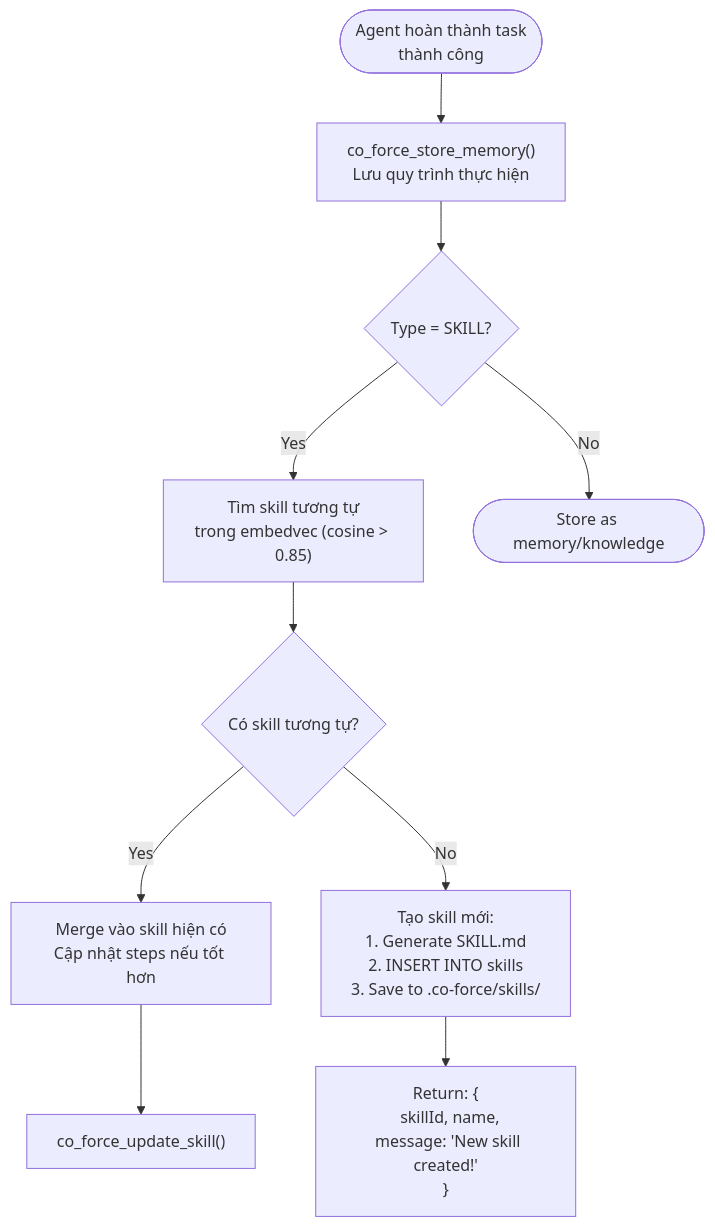
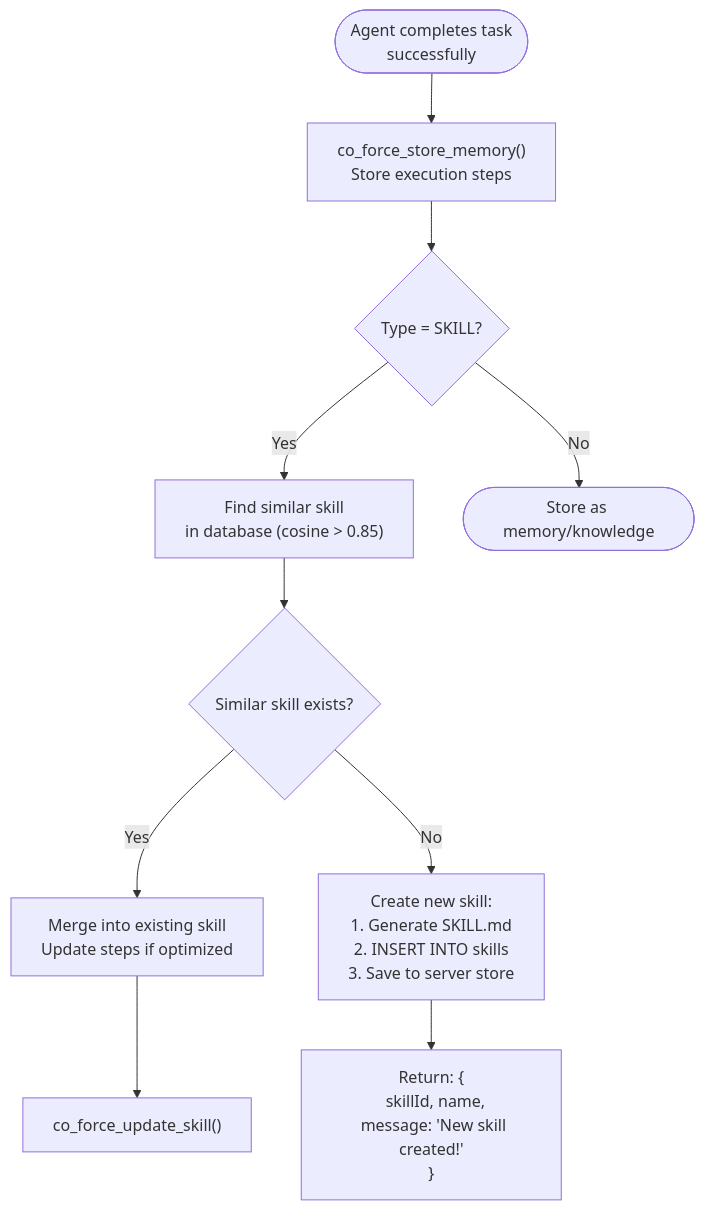
One commit to hiimtrung/co-force changed diagram 16 of 29 in docs/URD.md. Above: the diagram before and after it, drawn with Mermaid. The commit also changed other lines of this file and 17 other files, not shown here.

````diff
--- a/docs/URD.md
+++ b/docs/URD.md
@@ -1013,15 +921,15 @@
 ```mermaid
 flowchart TD
-    Trigger(["Agent hoàn thành task<br/>thành công"]) --> StoreMemory["co_force_store_memory()<br/>Lưu quy trình thực hiện"]
+    Trigger(["Agent completes task<br/>successfully"]) --> StoreMemory["co_force_store_memory()<br/>Store execution steps"]
 
     StoreMemory --> Classified{"Type = SKILL?"}
-    Classified -->|Yes| CheckExisting["Tìm skill tương tự<br/>trong embedvec (cosine > 0.85)"]
+    Classified -->|Yes| CheckExisting["Find similar skill<br/>in database (cosine > 0.85)"]
     Classified -->|No| End1([Store as memory/knowledge])
 
-    CheckExisting --> HasSimilar{Có skill tương tự?}
-    HasSimilar -->|Yes| Merge["Merge vào skill hiện có<br/>Cập nhật steps nếu tốt hơn"]
-    HasSimilar -->|No| CreateNew["Tạo skill mới:<br/>1. Generate SKILL.md<br/>2. INSERT INTO skills<br/>3. Save to .co-force/skills/"]
+    CheckExisting --> HasSimilar{Similar skill exists?}
+    HasSimilar -->|Yes| Merge["Merge into existing skill<br/>Update steps if optimized"]
+    HasSimilar -->|No| CreateNew["Create new skill:<br/>1. Generate SKILL.md<br/>2. INSERT INTO skills<br/>3. Save to server store"]
 
     Merge --> UpdateSkill["co_force_update_skill()"]
-    CreateNew --> Return["Return: {<br/>  skillId, name,<br/>  message: 'New skill created!'<br/>}"]
+    CreateNew --> Return["Return: {<br/>  skillId, name,<br/>  message: 'New skill created!'<br>}"]
 ```
````
